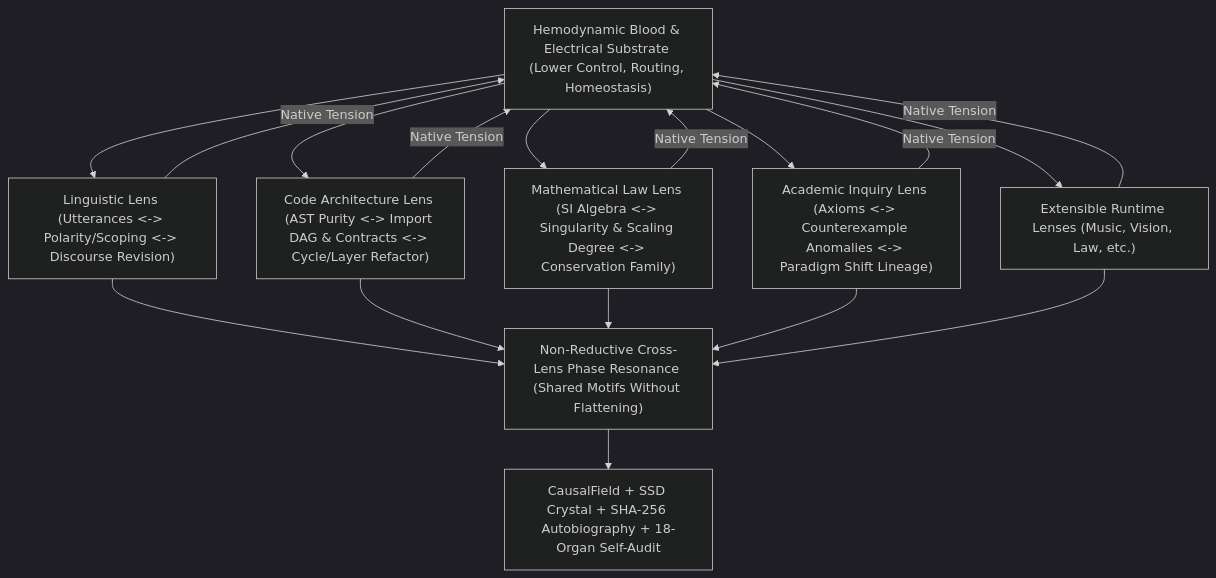
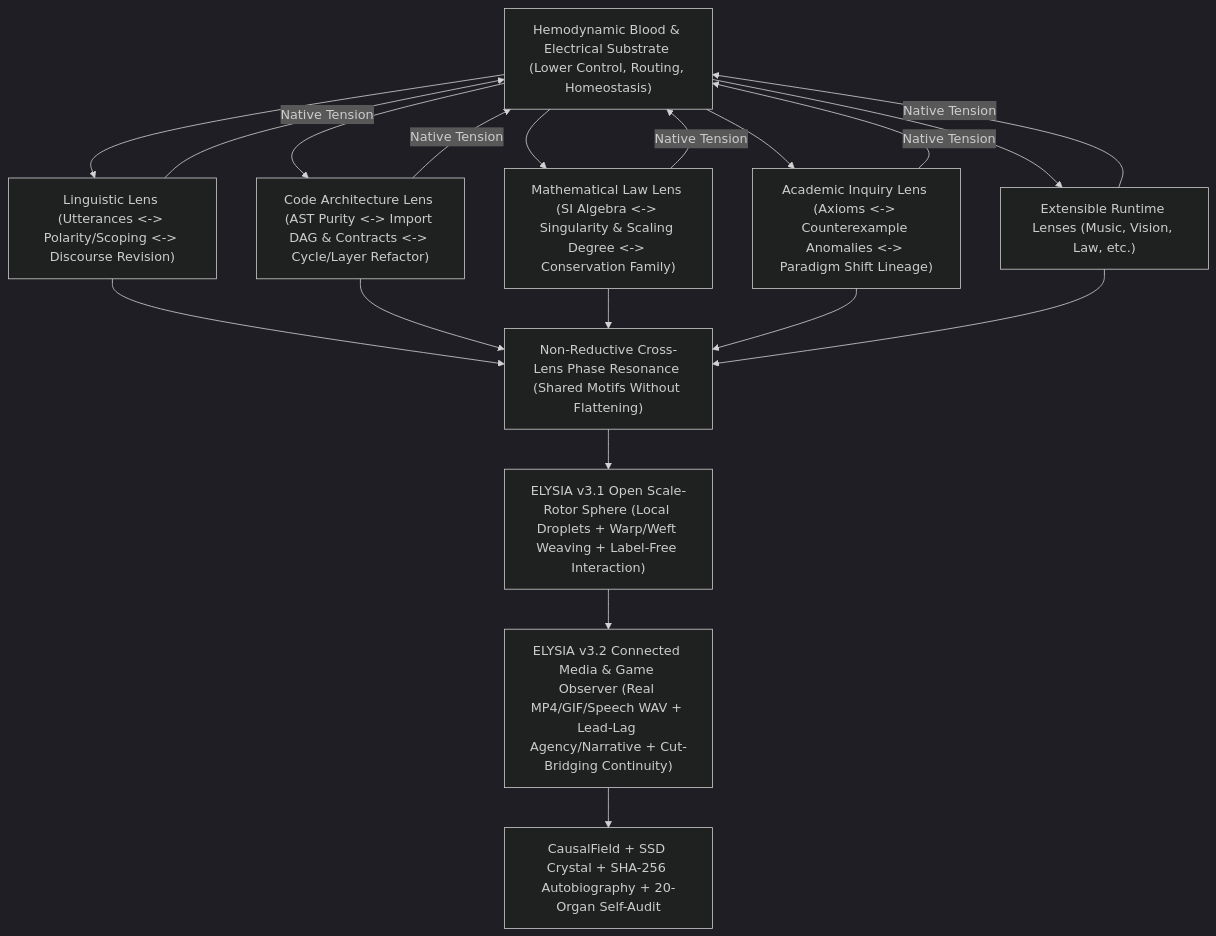
The diagram in docs/ELYSIA_LIVING_CAUSAL_ARCHITECTURE_MAP.md (ioas0316-cloud/Elysia), drawn with Mermaid (dark theme) before and after one commit. The commit also changed other lines of this file and 33 other files, not shown here.

````diff
--- a/docs/ELYSIA_LIVING_CAUSAL_ARCHITECTURE_MAP.md
+++ b/docs/ELYSIA_LIVING_CAUSAL_ARCHITECTURE_MAP.md
@@ -24,22 +25,24 @@
 ```mermaid
 flowchart TD
     BLOOD["Hemodynamic Blood & Electrical Substrate (Lower Control, Routing, Homeostasis)"] --> LENS_L["Linguistic Lens (Utterances <-> Polarity/Scoping <-> Discourse Revision)"]
     BLOOD --> LENS_C["Code Architecture Lens (AST Purity <-> Import DAG & Contracts <-> Cycle/Layer Refactor)"]
     BLOOD --> LENS_M["Mathematical Law Lens (SI Algebra <-> Singularity & Scaling Degree <-> Conservation Family)"]
     BLOOD --> LENS_A["Academic Inquiry Lens (Axioms <-> Counterexample Anomalies <-> Paradigm Shift Lineage)"]
     BLOOD --> LENS_X["Extensible Runtime Lenses (Music, Vision, Law, etc.)"]
 
     LENS_L -->|"Native Tension"| BLOOD
     LENS_C -->|"Native Tension"| BLOOD
     LENS_M -->|"Native Tension"| BLOOD
     LENS_A -->|"Native Tension"| BLOOD
     LENS_X -->|"Native Tension"| BLOOD
 
     LENS_L --> RES["Non-Reductive Cross-Lens Phase Resonance (Shared Motifs Without Flattening)"]
     LENS_C --> RES
     LENS_M --> RES
     LENS_A --> RES
     LENS_X --> RES
 
-    RES --> FIELD["CausalField + SSD Crystal + SHA-256 Autobiography + 18-Organ Self-Audit"]
+    RES --> V31["ELYSIA v3.1 Open Scale-Rotor Sphere (Local Droplets + Warp/Weft Weaving + Label-Free Interaction)"]
+    V31 --> V32["ELYSIA v3.2 Connected Media & Game Observer (Real MP4/GIF/Speech WAV + Lead-Lag Agency/Narrative + Cut-Bridging Continuity)"]
+    V32 --> FIELD["CausalField + SSD Crystal + SHA-256 Autobiography + 20-Organ Self-Audit"]
 ```
````
